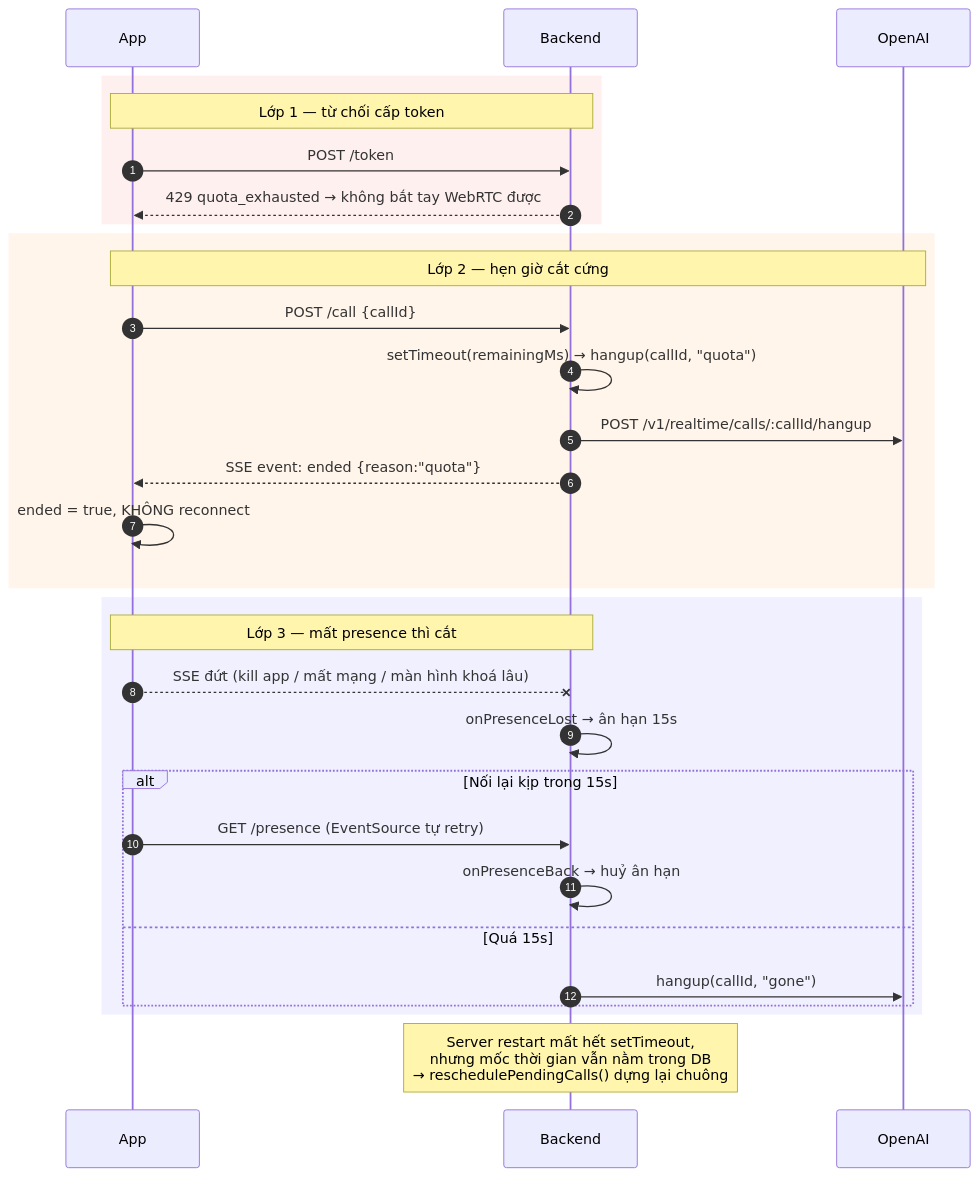
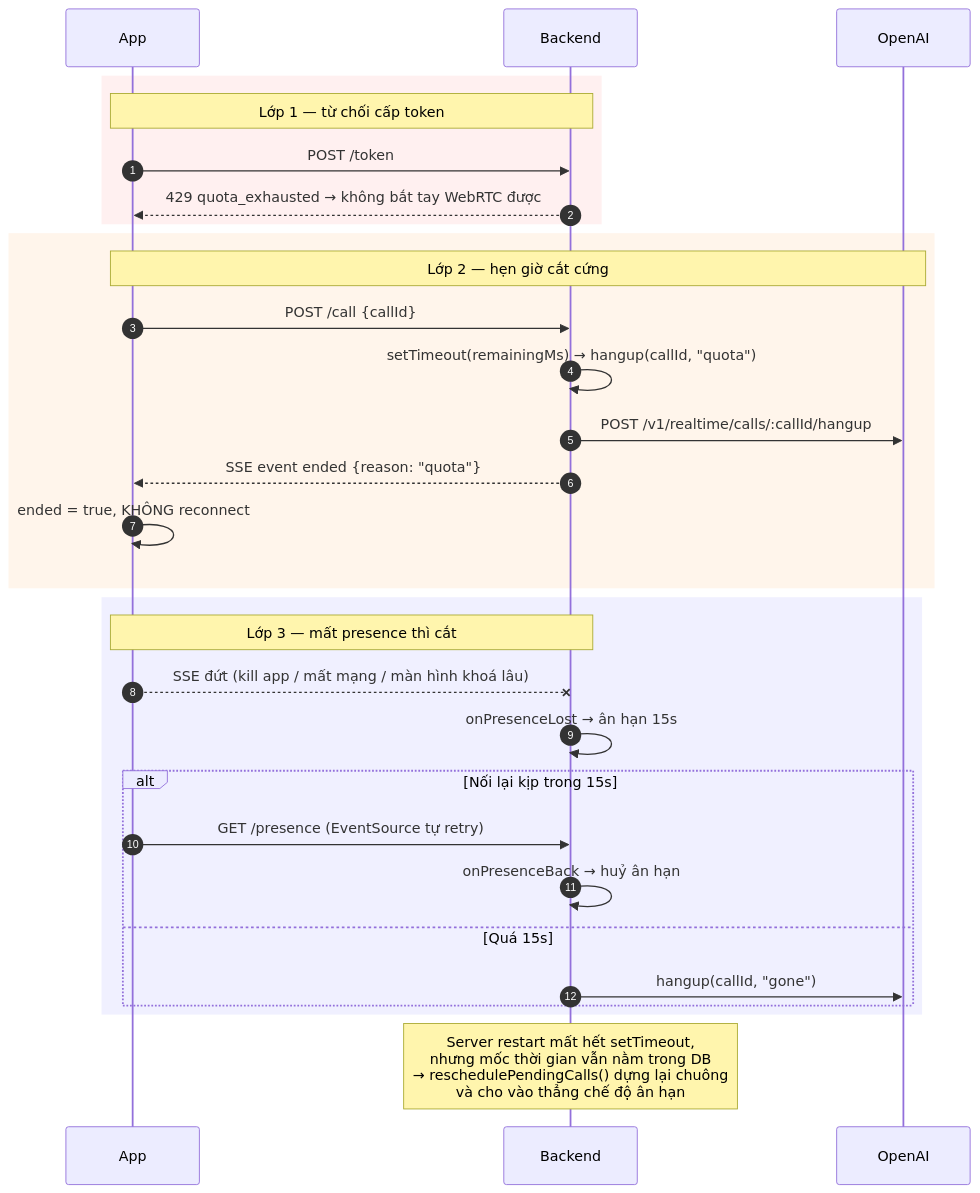
Diagram 14 of 17 in docs/ai-talk-flow.md (buingocthanh239/ai-talk-webrtc), drawn with Mermaid before and after one commit. The commit also changed other lines of this file and 3 other files, not shown here.

````diff
--- a/docs/ai-talk-flow.md
+++ b/docs/ai-talk-flow.md
@@ -474,36 +796,36 @@
 ```mermaid
 sequenceDiagram
     autonumber
     participant App
     participant BE as Backend
     participant OAI as OpenAI
 
     rect rgb(255, 240, 240)
         Note over App,BE: Lớp 1 — từ chối cấp token
         App->>BE: POST /token
         BE-->>App: 429 quota_exhausted → không bắt tay WebRTC được
     end
 
     rect rgb(255, 245, 235)
         Note over App,OAI: Lớp 2 — hẹn giờ cắt cứng
         App->>BE: POST /call {callId}
         BE->>BE: setTimeout(remainingMs) → hangup(callId, "quota")
         BE->>OAI: POST /v1/realtime/calls/:callId/hangup
-        BE-->>App: SSE event: ended {reason:"quota"}
+        BE-->>App: SSE event ended {reason: "quota"}
         App->>App: ended = true, KHÔNG reconnect
     end
 
     rect rgb(240, 240, 255)
         Note over App,BE: Lớp 3 — mất presence thì cắt
         App--xBE: SSE đứt (kill app / mất mạng / màn hình khoá lâu)
         BE->>BE: onPresenceLost → ân hạn 15s
         alt Nối lại kịp trong 15s
             App->>BE: GET /presence (EventSource tự retry)
             BE->>BE: onPresenceBack → huỷ ân hạn
         else Quá 15s
             BE->>OAI: hangup(callId, "gone")
         end
     end
 
-    Note over BE: Server restart mất hết setTimeout,<br/>nhưng mốc thời gian vẫn nằm trong DB<br/>→ reschedulePendingCalls() dựng lại chuông
+    Note over BE: Server restart mất hết setTimeout,<br/>nhưng mốc thời gian vẫn nằm trong DB<br/>→ reschedulePendingCalls() dựng lại chuông<br/>và cho vào thẳng chế độ ân hạn
 ```
````
